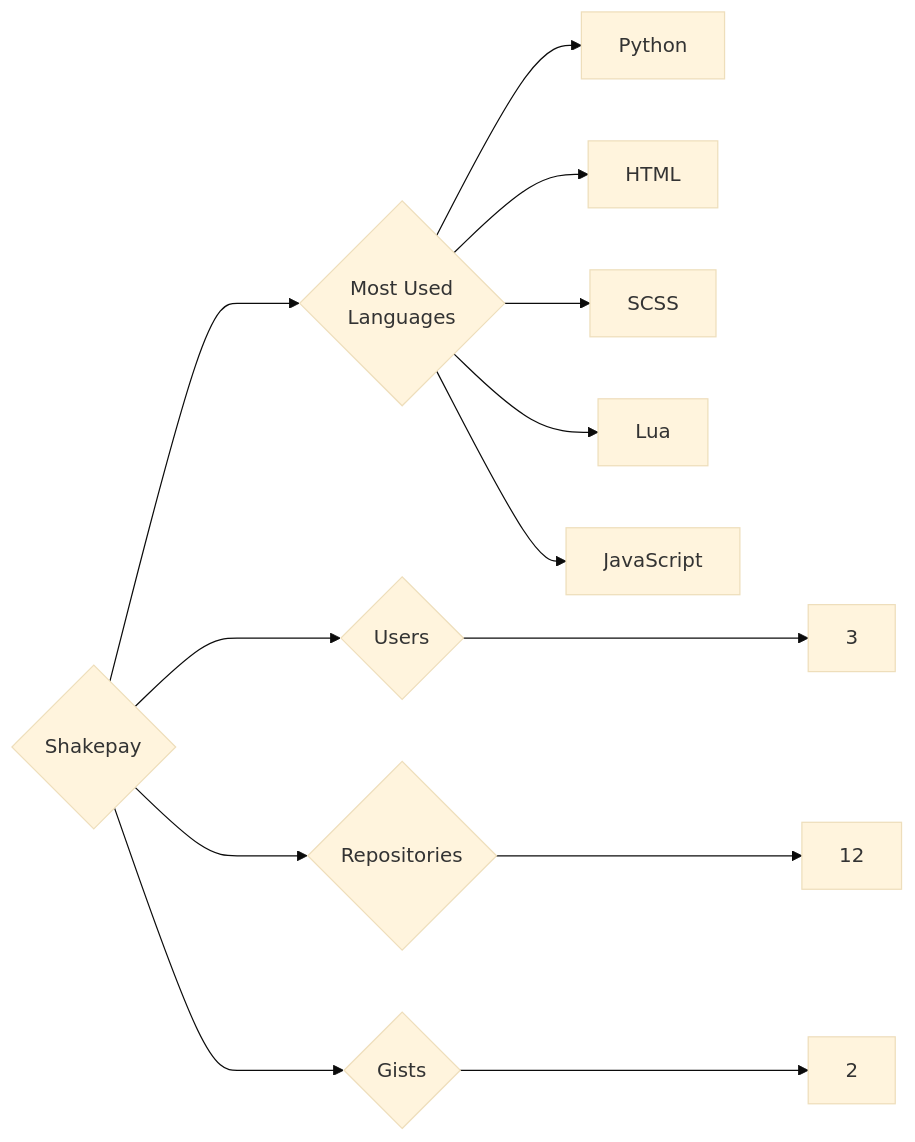
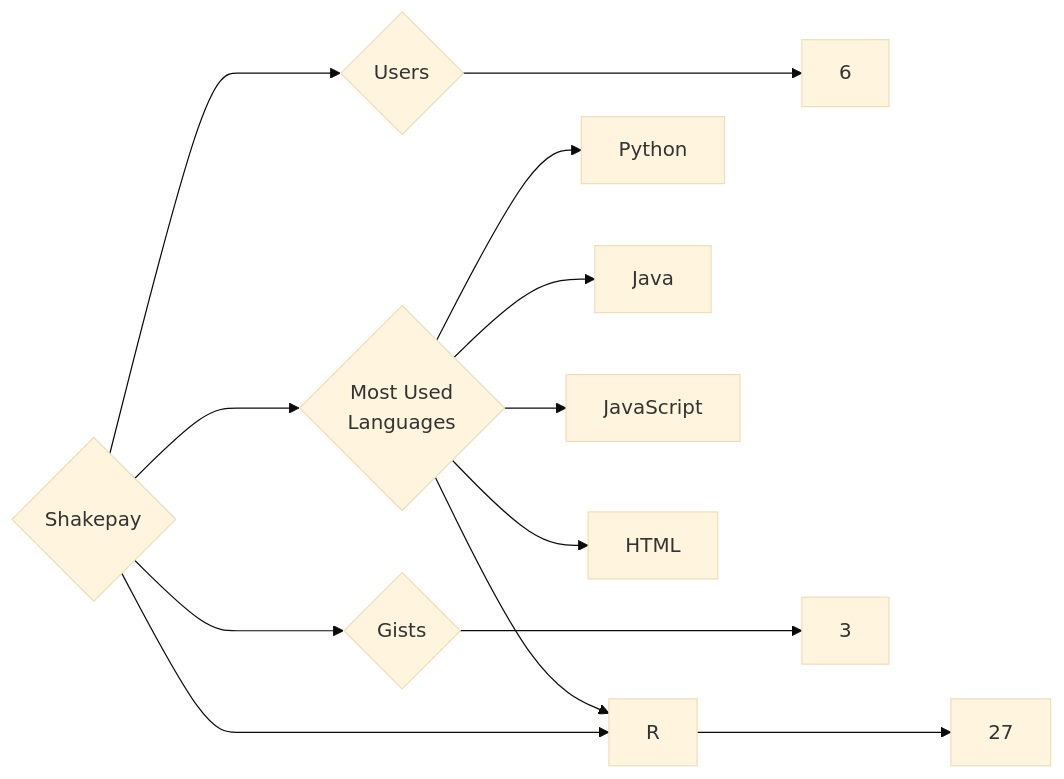
The diagram in targets/Shakepay/README.md (trickest/insiders), drawn with Mermaid (base theme) before and after one commit. The commit also changed 964 other files, not shown here.

````diff
--- a/targets/Shakepay/README.md
+++ b/targets/Shakepay/README.md
@@ -3,13 +3,13 @@
 ```mermaid
 graph LR
 COMPANY_NAME{Shakepay}
-COMPANY_NAME ---> U{Users} ---> UN[3]
-COMPANY_NAME ---> R{Repositories} ---> RN[12]
-COMPANY_NAME ---> G{Gists} ---> GN[2]
+COMPANY_NAME ---> U{Users} ---> UN[6]
+COMPANY_NAME ---> R{Repositories} ---> RN[27]
+COMPANY_NAME ---> G{Gists} ---> GN[3]
 COMPANY_NAME ---> ML{Most Used<br>Languages}
 ML --> Python[Python]
+ML --> Java[Java]
+ML --> JavaScript[JavaScript]
 ML --> HTML[HTML]
-ML --> SCSS[SCSS]
-ML --> Lua[Lua]
-ML --> JavaScript[JavaScript]
+ML --> R[R]
 ```
````
